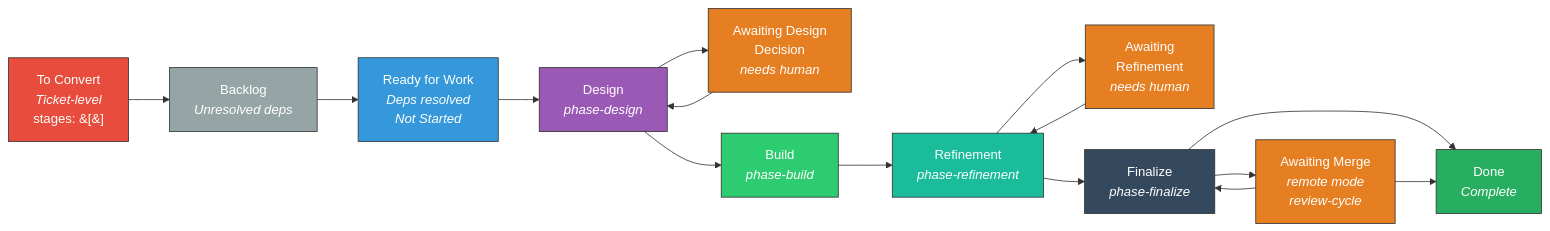
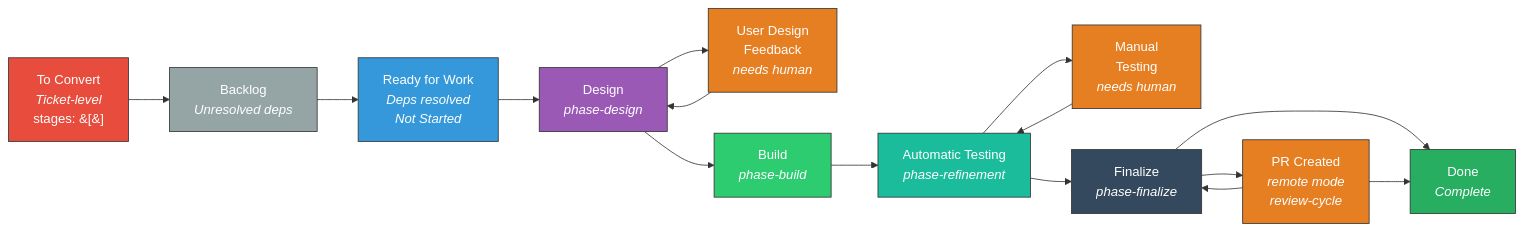
The fourth of 24 diagrams in docs/plans/2026-02-16-kanban-workflow-end-state.md (jakekausler/claude-code-workflow), drawn with Mermaid before and after one commit. The commit also changed other lines of this file, not shown here.

Commit message:
docs: update end-state vision with modularity architecture and column renames

````diff
--- a/docs/plans/2026-02-16-kanban-workflow-end-state.md
+++ b/docs/plans/2026-02-16-kanban-workflow-end-state.md
@@ -213,29 +214,29 @@
 ```mermaid
 graph LR
     TC["To Convert<br/><i>Ticket-level</i><br/>stages: &#91;&#93;"] --> BL["Backlog<br/><i>Unresolved deps</i>"]
     BL --> RW["Ready for Work<br/><i>Deps resolved</i><br/><i>Not Started</i>"]
     RW --> DE["Design<br/><i>phase-design</i>"]
-    DE --> ADD["Awaiting Design<br/>Decision<br/><i>needs human</i>"]
+    DE --> ADD["User Design<br/>Feedback<br/><i>needs human</i>"]
     ADD --> DE
     DE --> BU["Build<br/><i>phase-build</i>"]
-    BU --> RE["Refinement<br/><i>phase-refinement</i>"]
-    RE --> AR["Awaiting<br/>Refinement<br/><i>needs human</i>"]
+    BU --> RE["Automatic Testing<br/><i>phase-refinement</i>"]
+    RE --> AR["Manual<br/>Testing<br/><i>needs human</i>"]
     AR --> RE
     RE --> FI["Finalize<br/><i>phase-finalize</i>"]
-    FI --> AM["Awaiting Merge<br/><i>remote mode</i><br/><i>review-cycle</i>"]
+    FI --> AM["PR Created<br/><i>remote mode</i><br/><i>review-cycle</i>"]
     AM --> FI
     FI --> DO["Done<br/><i>Complete</i>"]
     AM --> DO
 
     style TC fill:#e74c3c,stroke:#333,color:#fff
     style BL fill:#95a5a6,stroke:#333,color:#fff
     style RW fill:#3498db,stroke:#333,color:#fff
     style DE fill:#9b59b6,stroke:#333,color:#fff
     style ADD fill:#e67e22,stroke:#333,color:#fff
     style BU fill:#2ecc71,stroke:#333,color:#fff
     style RE fill:#1abc9c,stroke:#333,color:#fff
     style AR fill:#e67e22,stroke:#333,color:#fff
     style FI fill:#34495e,stroke:#333,color:#fff
     style AM fill:#e67e22,stroke:#333,color:#fff
     style DO fill:#27ae60,stroke:#333,color:#fff
 ```
````
